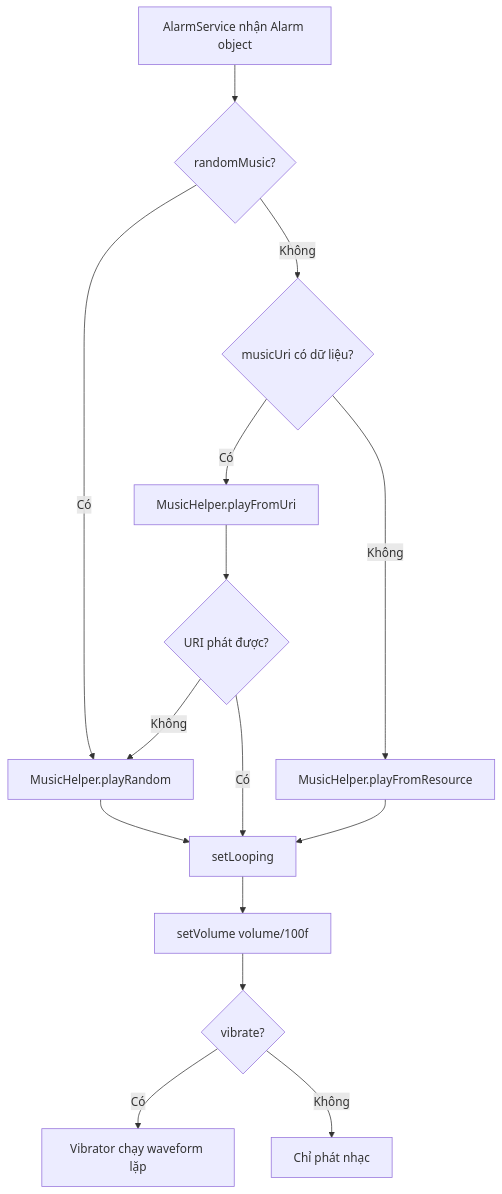
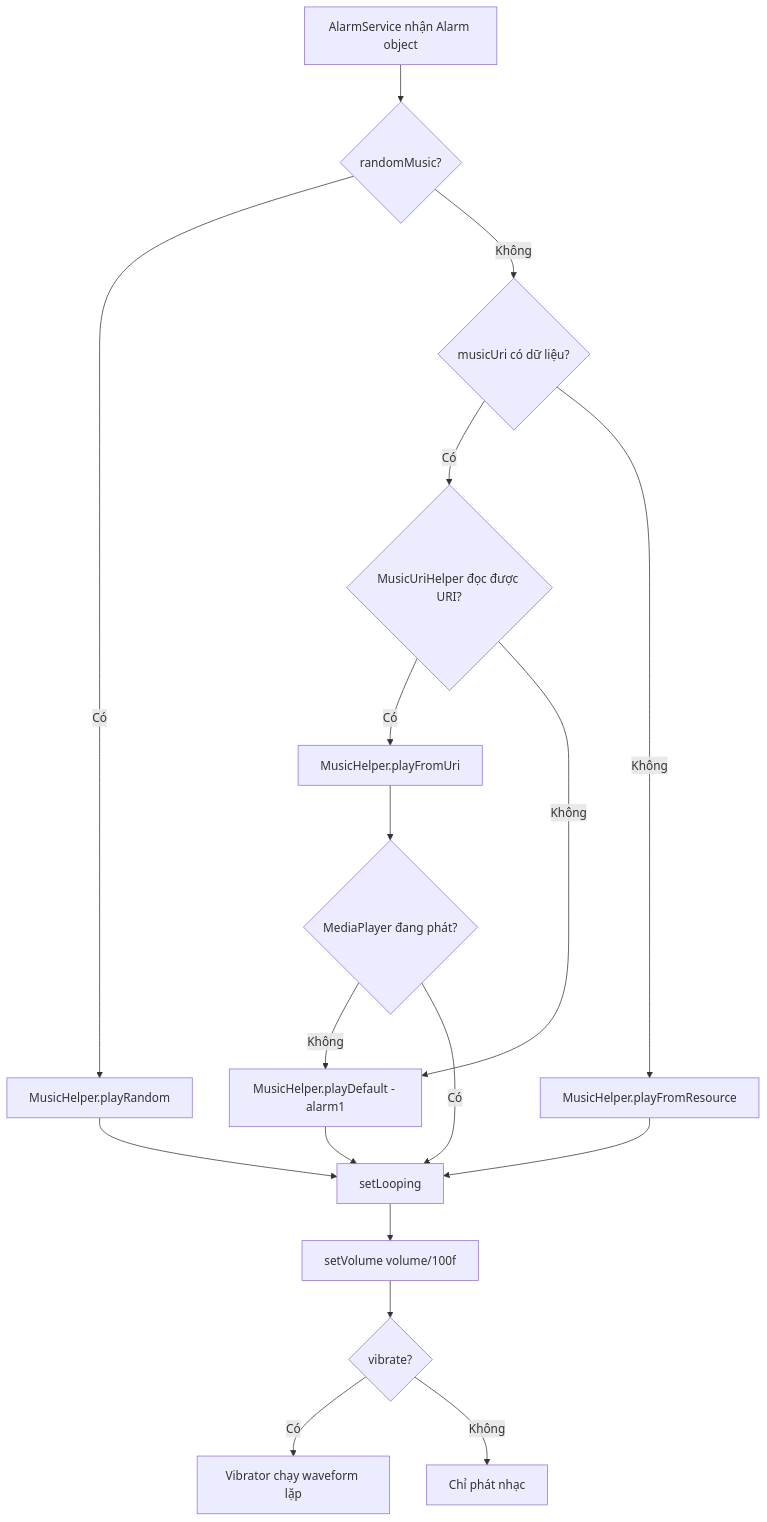
The tenth of 12 diagrams in README_TIMER_ALARM_FLOW.md (xn-dung/Alarm), drawn with Mermaid before and after one commit. The commit also changed other lines of this file and 11 other files, not shown here.

````diff
--- a/README_TIMER_ALARM_FLOW.md
+++ b/README_TIMER_ALARM_FLOW.md
@@ -491,17 +502,20 @@
 ```mermaid
 flowchart TD
     A[AlarmService nhận Alarm object] --> B{randomMusic?}
     B -->|Có| C[MusicHelper.playRandom]
     B -->|Không| D{musicUri có dữ liệu?}
-    D -->|Có| E[MusicHelper.playFromUri]
-    E --> L{URI phát được?}
-    L -->|Không| C
-    L -->|Có| G
+    D -->|Có| E{MusicUriHelper đọc được URI?}
+    E -->|Có| L[MusicHelper.playFromUri]
+    E -->|Không| M[MusicHelper.playDefault - alarm1]
+    L --> N{MediaPlayer đang phát?}
+    N -->|Không| M
+    N -->|Có| G
+    M --> G
     D -->|Không| F[MusicHelper.playFromResource]
     C --> G[setLooping]
     F --> G
     G --> H[setVolume volume/100f]
     H --> I{vibrate?}
     I -->|Có| J[Vibrator chạy waveform lặp]
     I -->|Không| K[Chỉ phát nhạc]
 ```
````
